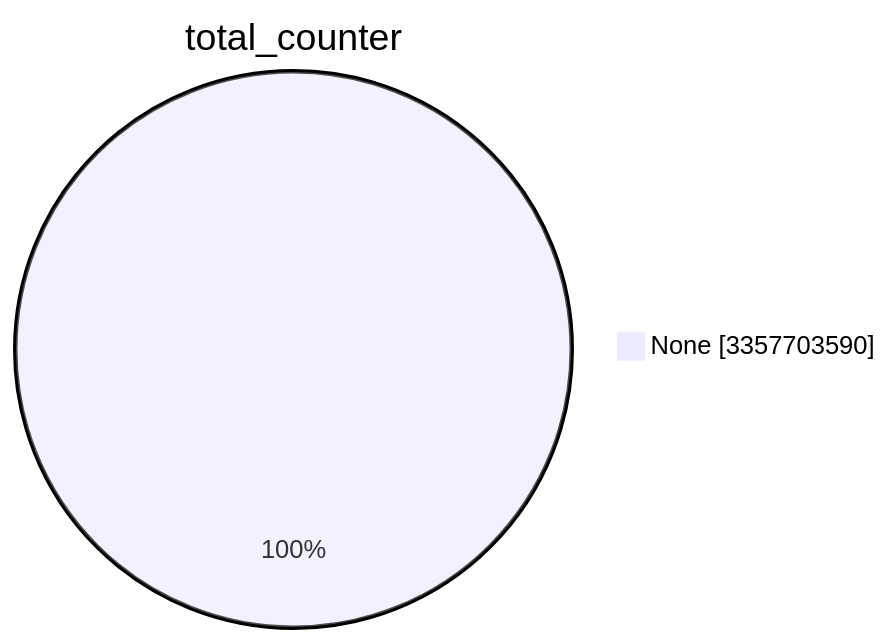
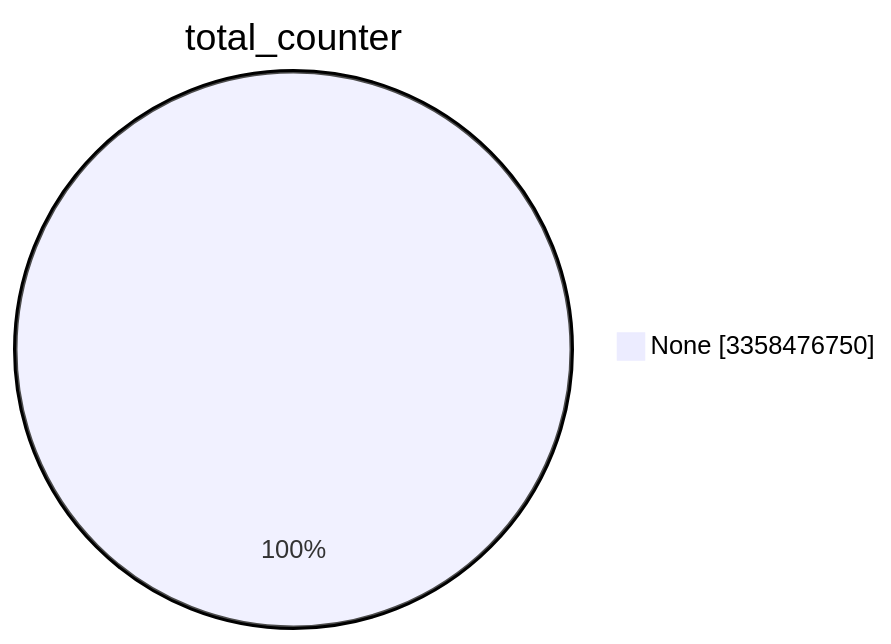
The first of 15 diagrams in TOTAL/README.md (christiankrug/ctmonitor_visualization), drawn with Mermaid before and after one commit. The commit also changed other lines of this file, not shown here.

````diff
--- a/TOTAL/README.md
+++ b/TOTAL/README.md
@@ -1,5 +1,5 @@
 ```mermaid
 pie showData
 title total_counter
-"None" :3357703590
+"None" :3358476750
 ```
````
